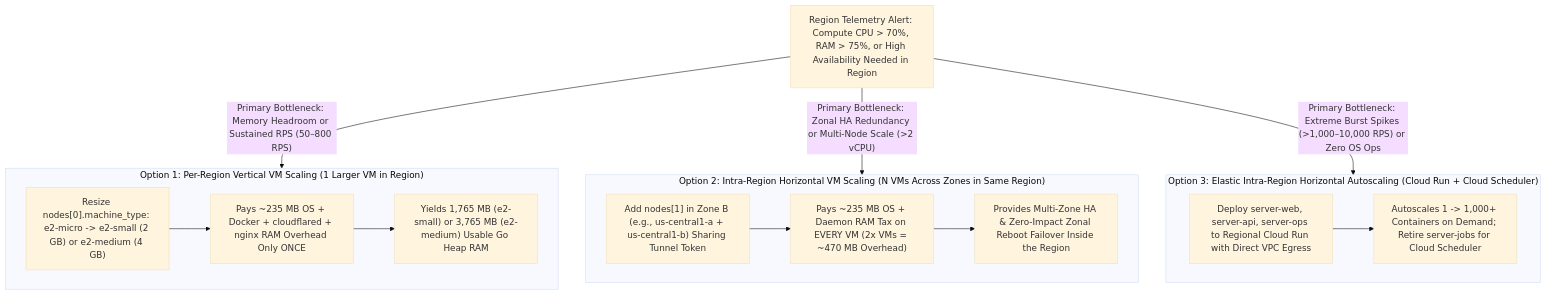
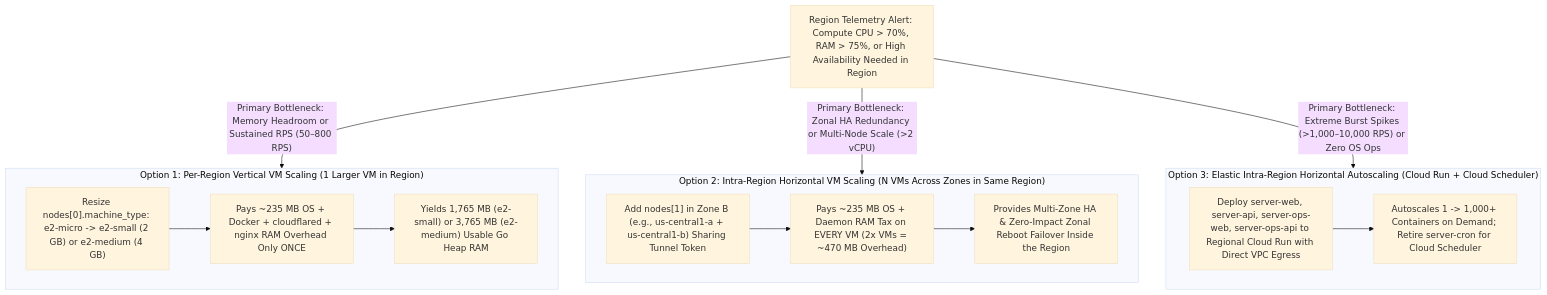
Before and after one commit to rohitramu/quadsmith: the first of 3 diagrams in plans/scaling_deployment_regions.md, drawn with Mermaid (base theme). The commit also changed other lines of this file and 124 other files, not shown here.

````diff
--- a/plans/scaling_deployment_regions.md
+++ b/plans/scaling_deployment_regions.md
@@ -124,28 +124,28 @@
 ```mermaid
 flowchart TD
     Trigger["Region Telemetry Alert: Compute CPU > 70%, RAM > 75%, or High Availability Needed in Region"]
 
     subgraph OptionA["Option 1: Per-Region Vertical VM Scaling (1 Larger VM in Region)"]
         V1["Resize nodes[0].machine_type: e2-micro -> e2-small (2 GB) or e2-medium (4 GB)"]
         V2["Pays ~235 MB OS + Docker + cloudflared + nginx RAM Overhead Only ONCE"]
         V3["Yields 1,765 MB (e2-small) or 3,765 MB (e2-medium) Usable Go Heap RAM"]
         V1 --> V2 --> V3
     end
 
     subgraph OptionB["Option 2: Intra-Region Horizontal VM Scaling (N VMs Across Zones in Same Region)"]
         H1["Add nodes[1] in Zone B (e.g., us-central1-a + us-central1-b) Sharing Tunnel Token"]
         H2["Pays ~235 MB OS + Daemon RAM Tax on EVERY VM (2x VMs = ~470 MB Overhead)"]
         H3["Provides Multi-Zone HA & Zero-Impact Zonal Reboot Failover Inside the Region"]
         H1 --> H2 --> H3
     end
 
     subgraph OptionC["Option 3: Elastic Intra-Region Horizontal Autoscaling (Cloud Run + Cloud Scheduler)"]
-        C1["Deploy server-web, server-api, server-ops to Regional Cloud Run with Direct VPC Egress"]
-        C2["Autoscales 1 -> 1,000+ Containers on Demand; Retire server-jobs for Cloud Scheduler"]
+        C1["Deploy server-web, server-api, server-ops-web, server-ops-api to Regional Cloud Run with Direct VPC Egress"]
+        C2["Autoscales 1 -> 1,000+ Containers on Demand; Retire server-cron for Cloud Scheduler"]
         C1 --> C2
     end
 
     Trigger -->|"Primary Bottleneck: Memory Headroom or Sustained RPS (50–800 RPS)"| OptionA
     Trigger -->|"Primary Bottleneck: Zonal HA Redundancy or Multi-Node Scale (>2 vCPU)"| OptionB
     Trigger -->|"Primary Bottleneck: Extreme Burst Spikes (>1,000–10,000 RPS) or Zero OS Ops"| OptionC
 ```
````
